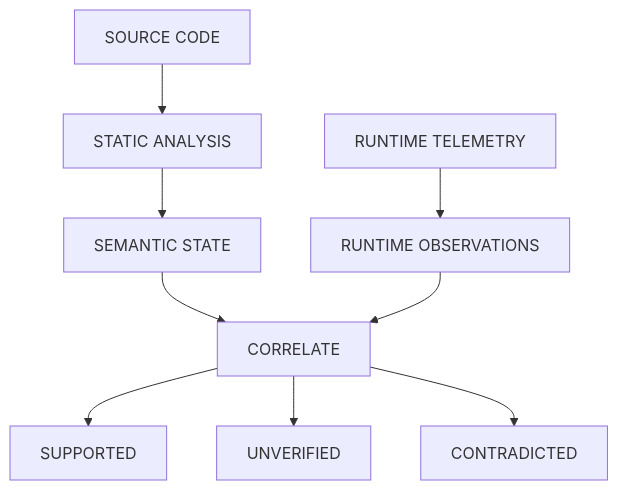
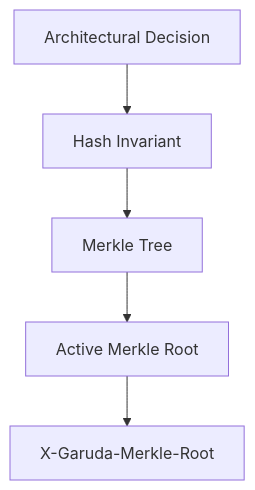
One commit to myshra777-ai/garuda changed the fourth of 5 diagrams in README.md. Above: the diagram before and after it, drawn with Mermaid. The commit also changed other lines of this file, not shown here.

````diff
--- a/README.md
+++ b/README.md
@@ -319,14 +168,7 @@
 ```mermaid
-flowchart TB
-    SOURCE["SOURCE CODE"] --> STATIC["STATIC ANALYSIS"]
-    STATIC --> SEMANTIC["SEMANTIC STATE"]
-
-    RUNTIME["RUNTIME TELEMETRY"] --> OBS["RUNTIME OBSERVATIONS"]
-
-    SEMANTIC --> CORRELATE["CORRELATE"]
-    OBS --> CORRELATE
-
-    CORRELATE --> SUPPORTED["SUPPORTED"]
-    CORRELATE --> UNVERIFIED["UNVERIFIED"]
-    CORRELATE --> CONTRADICTED["CONTRADICTED"]
+flowchart TD
+    DECISION["Architectural Decision"] --> HASH["Hash Invariant"]
+    HASH --> TREE["Merkle Tree"]
+    TREE --> ROOT["Active Merkle Root"]
+    ROOT --> HEADER["X-Garuda-Merkle-Root"]
 ```
````
